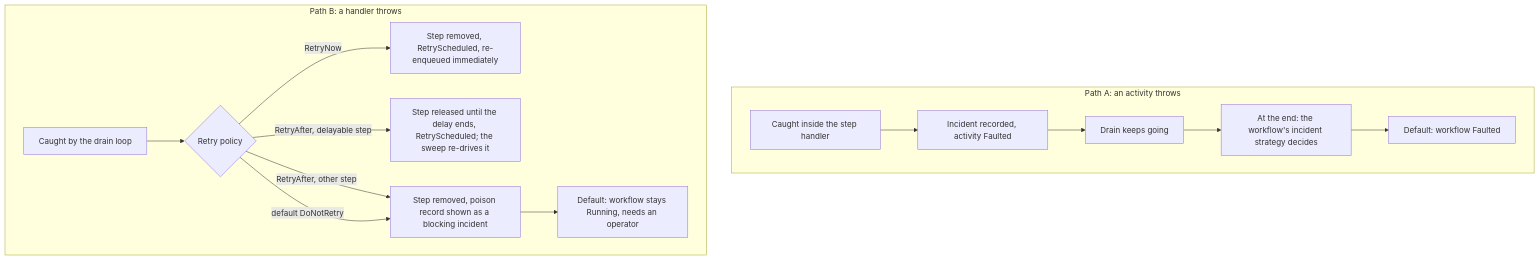
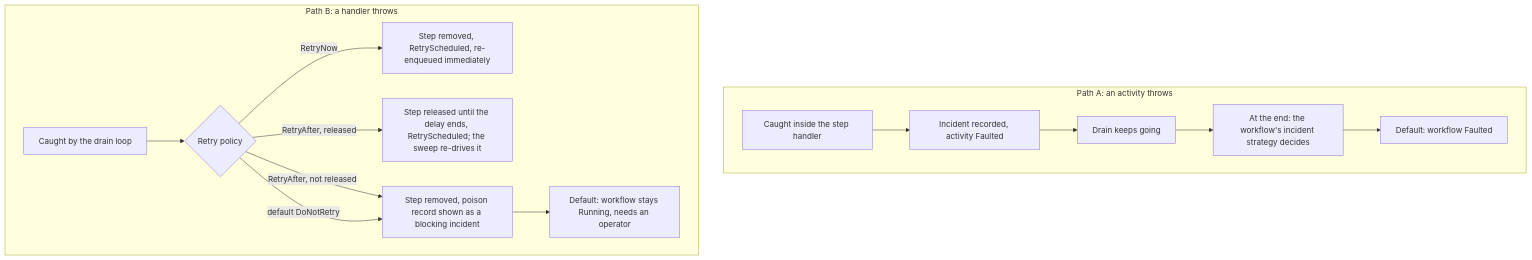
The diagram in docs/runtime-fault-behavior.md (elsa-workflows/elsa-foundation), drawn with Mermaid before and after one commit. The commit also changed other lines of this file and 2 other files, not shown here.

First line of the commit message:
Record a failing retry policy and treat a refused overlay release as refused

````diff
--- a/docs/runtime-fault-behavior.md
+++ b/docs/runtime-fault-behavior.md
@@ -12,17 +12,17 @@
 ```mermaid
 flowchart TB
     subgraph A["Path A: an activity throws"]
         A1[Caught inside the step handler] --> A2[Incident recorded, activity Faulted]
         A2 --> A3[Drain keeps going]
         A3 --> A4[At the end: the workflow's incident strategy decides]
         A4 --> A5["Default: workflow Faulted"]
     end
     subgraph B["Path B: a handler throws"]
         B1[Caught by the drain loop] --> B4{Retry policy}
         B4 -->|RetryNow| B4n[Step removed, RetryScheduled, re-enqueued immediately]
-        B4 -->|"RetryAfter, delayable step"| B4a["Step released until the delay ends, RetryScheduled; the sweep re-drives it"]
-        B4 -->|"RetryAfter, other step"| B4p
+        B4 -->|"RetryAfter, released"| B4a["Step released until the delay ends, RetryScheduled; the sweep re-drives it"]
+        B4 -->|"RetryAfter, not released"| B4p
         B4 -->|default DoNotRetry| B4p[Step removed, poison record shown as a blocking incident]
         B4p --> B5["Default: workflow stays Running, needs an operator"]
     end
 ```
````
